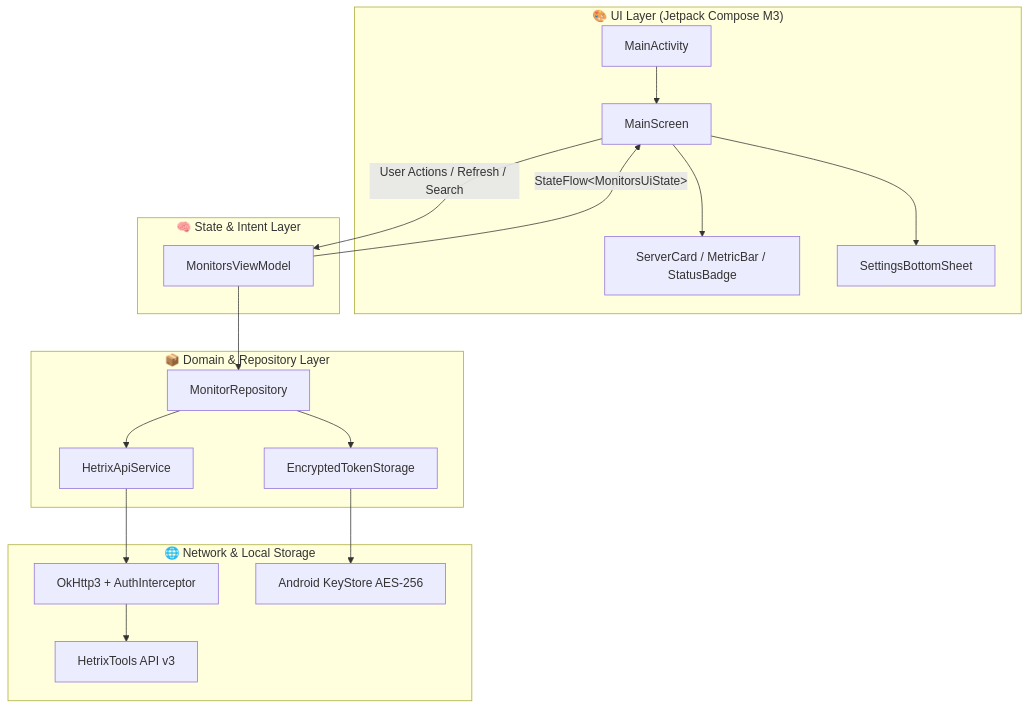
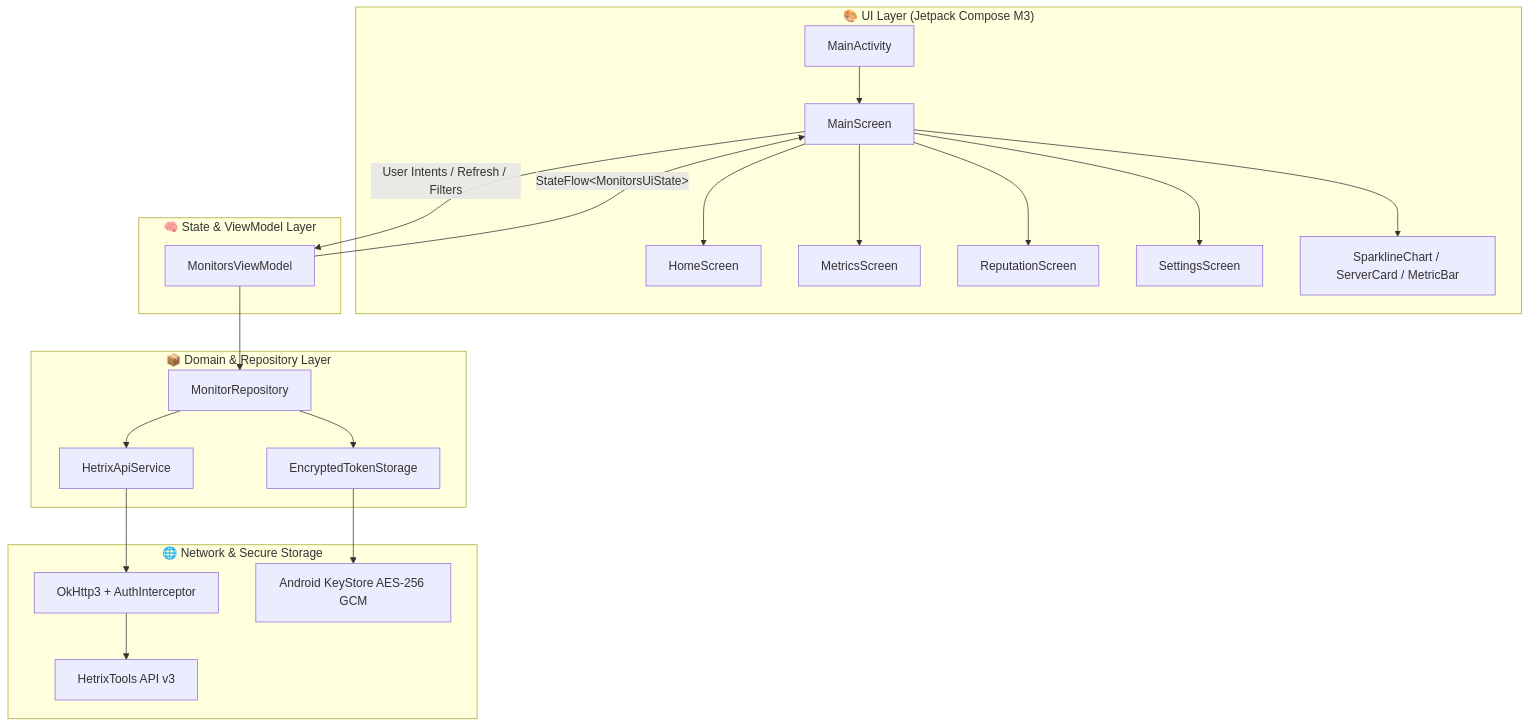
One commit to etahamad/hetrix-android changed the diagram in README.md. Above: the diagram before and after it, drawn with Mermaid. The commit also changed other lines of this file and 21 other files, not shown here.

Commit message:
Implement HetrixTools Visual Layout Framework redesign with 4 persistent navigation destinations, 60-30-10 palette, telemetry sparklines, reputation monitoring, and API vault

````diff
--- a/README.md
+++ b/README.md
@@ -42,27 +81,30 @@
 ```mermaid
 flowchart TD
     subgraph UI_Layer ["🎨 UI Layer (Jetpack Compose M3)"]
         A[MainActivity] --> B[MainScreen]
-        B --> C[ServerCard / MetricBar / StatusBadge]
-        B --> D[SettingsBottomSheet]
+        B --> C[HomeScreen]
+        B --> D[MetricsScreen]
+        B --> E[ReputationScreen]
+        B --> F[SettingsScreen]
+        B --> G[SparklineChart / ServerCard / MetricBar]
     end
 
-    subgraph State_Layer ["🧠 State & Intent Layer"]
-        E[MonitorsViewModel]
-        E -->|StateFlow&lt;MonitorsUiState&gt;| B
-        B -->|User Actions / Refresh / Search| E
+    subgraph State_Layer ["🧠 State & ViewModel Layer"]
+        H[MonitorsViewModel]
+        H -->|StateFlow&lt;MonitorsUiState&gt;| B
+        B -->|User Intents / Refresh / Filters| H
     end
 
     subgraph Data_Layer ["📦 Domain & Repository Layer"]
-        F[MonitorRepository]
-        E --> F
-        F --> G[HetrixApiService]
-        F --> H[EncryptedTokenStorage]
+        I[MonitorRepository]
+        H --> I
+        I --> J[HetrixApiService]
+        I --> K[EncryptedTokenStorage]
     end
 
-    subgraph Network_Layer ["🌐 Network & Local Storage"]
-        G --> I[OkHttp3 + AuthInterceptor]
-        I --> J[HetrixTools API v3]
-        H --> K[Android KeyStore AES-256]
+    subgraph Network_Layer ["🌐 Network & Secure Storage"]
+        J --> L[OkHttp3 + AuthInterceptor]
+        L --> M[HetrixTools API v3]
+        K --> N[Android KeyStore AES-256 GCM]
     end
 ```
````
